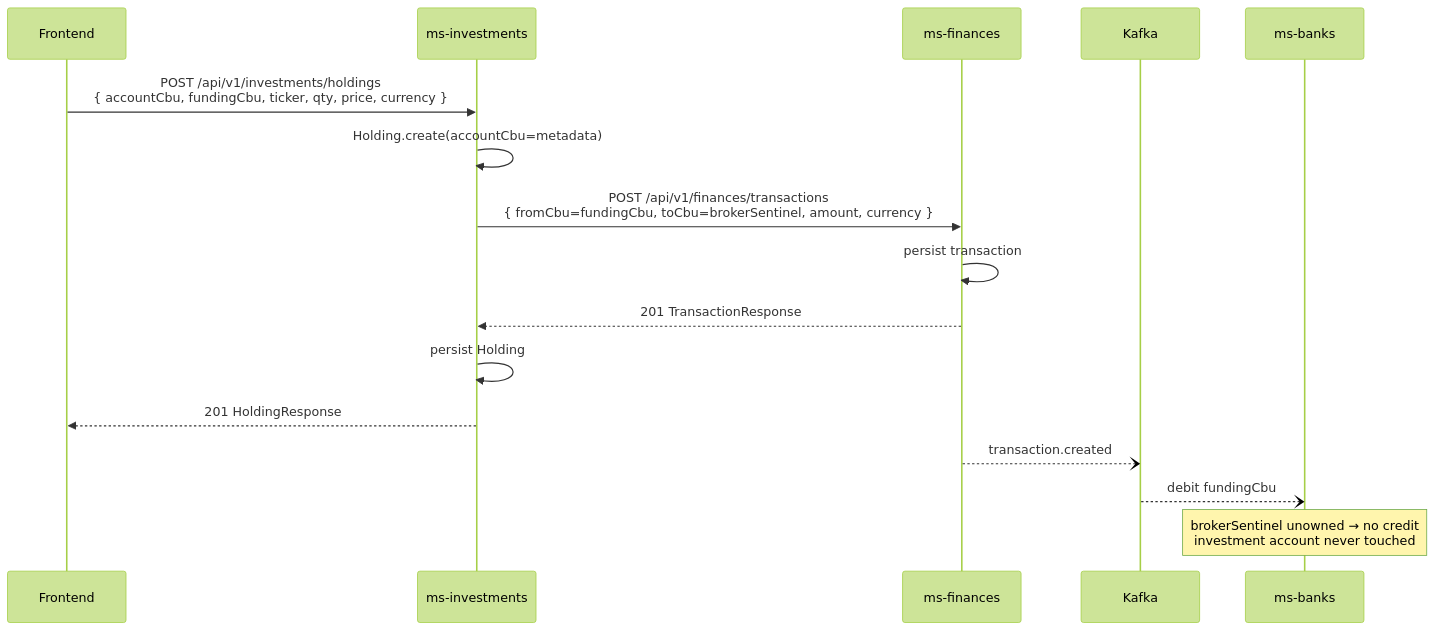
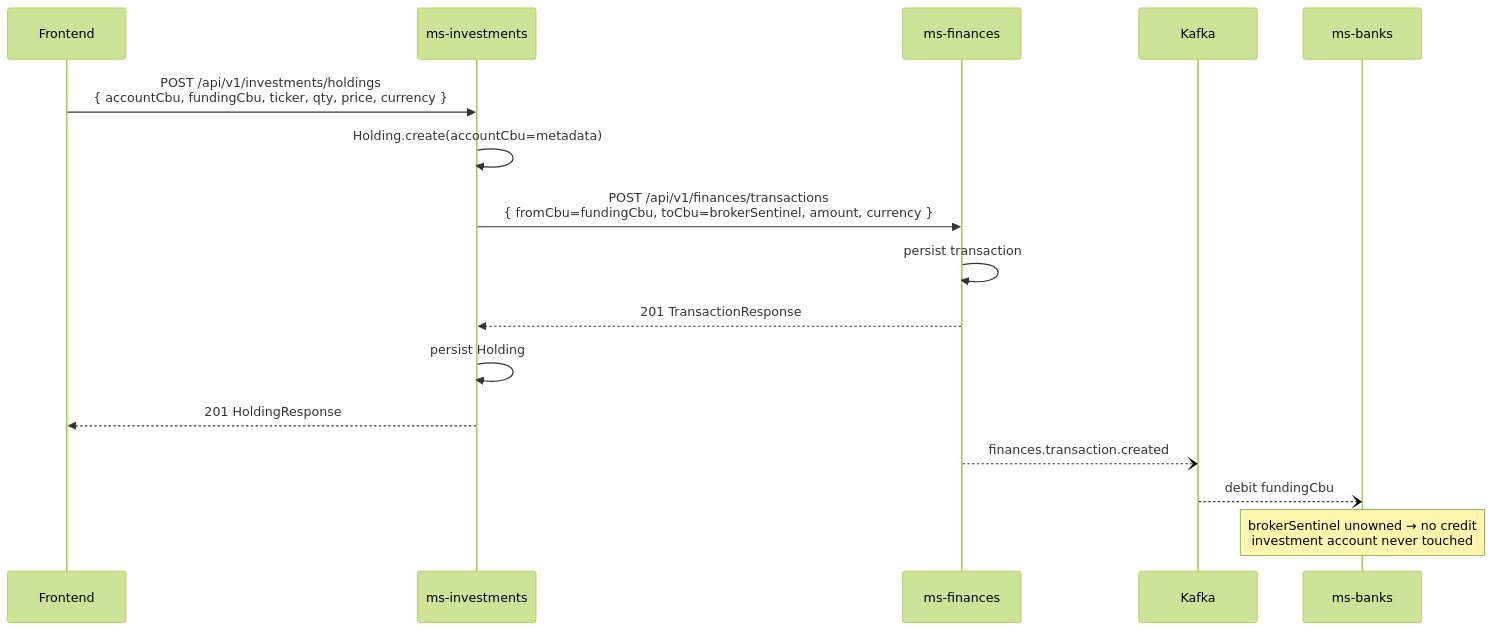
Before and after one commit to Sergio-Smirnoff/financial-app: the third of 3 diagrams in docs/specs/services/ms-investments.md, drawn with Mermaid (forest theme). The commit also changed other lines of this file and 4 other files, not shown here.

````diff
--- a/docs/specs/services/ms-investments.md
+++ b/docs/specs/services/ms-investments.md
@@ -238,19 +238,19 @@
 ```mermaid
 sequenceDiagram
     participant FE as Frontend
     participant INV as ms-investments
     participant FIN as ms-finances
     participant KFK as Kafka
     participant BNK as ms-banks
 
     FE->>INV: POST /api/v1/investments/holdings<br/>{ accountCbu, fundingCbu, ticker, qty, price, currency }
     INV->>INV: Holding.create(accountCbu=metadata)
     INV->>FIN: POST /api/v1/finances/transactions<br/>{ fromCbu=fundingCbu, toCbu=brokerSentinel, amount, currency }
     FIN->>FIN: persist transaction
     FIN-->>INV: 201 TransactionResponse
     INV->>INV: persist Holding
     INV-->>FE: 201 HoldingResponse
-    FIN--)KFK: transaction.created
+    FIN--)KFK: finances.transaction.created
     KFK--)BNK: debit fundingCbu
     Note over BNK: brokerSentinel unowned → no credit<br/>investment account never touched
 ```
````
